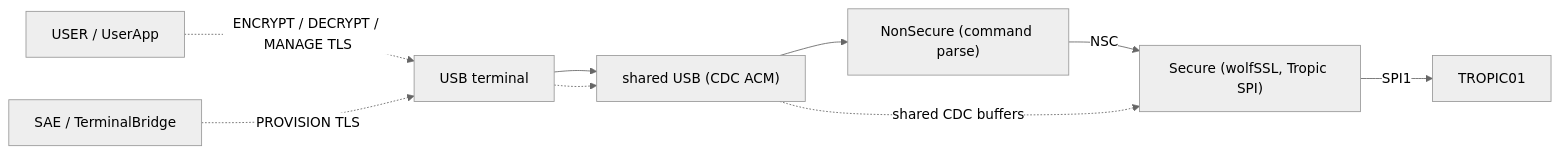
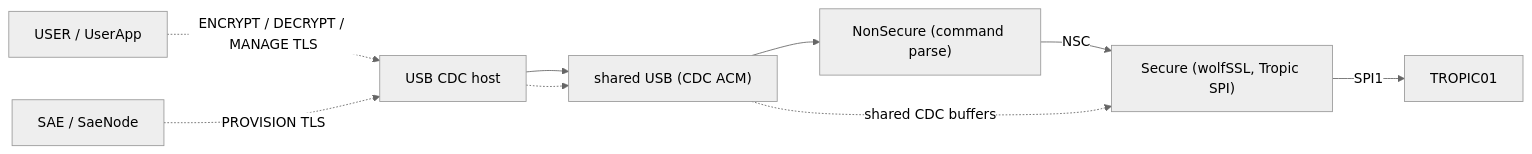
Before and after one commit to vonasmic/stm32u535-trustzone-usb: the diagram in README.md, drawn with Mermaid (neutral theme). The commit also changed other lines of this file and 885 other files, not shown here.

````diff
--- a/README.md
+++ b/README.md
@@ -10,20 +10,20 @@
 ```mermaid
 flowchart LR
     User["USER / UserApp"]
-    Sae["SAE / TerminalBridge"]
-    USB["USB terminal"]
+    Sae["SAE / SaeNode"]
+    USB["USB CDC host"]
     CDC["shared USB (CDC ACM)"]
     NS["NonSecure (command parse)"]
     Secure["Secure (wolfSSL, Tropic SPI)"]
     Tropic[TROPIC01]
 
     USB --> CDC
     CDC --> NS
     NS -->|NSC| Secure
     Secure -->|SPI1| Tropic
 
     User -.->|"ENCRYPT / DECRYPT / MANAGE TLS"| USB
     Sae -.->|"PROVISION TLS"| USB
     USB -.-> CDC
     CDC -.->|"shared CDC buffers"| Secure
 ```
````
